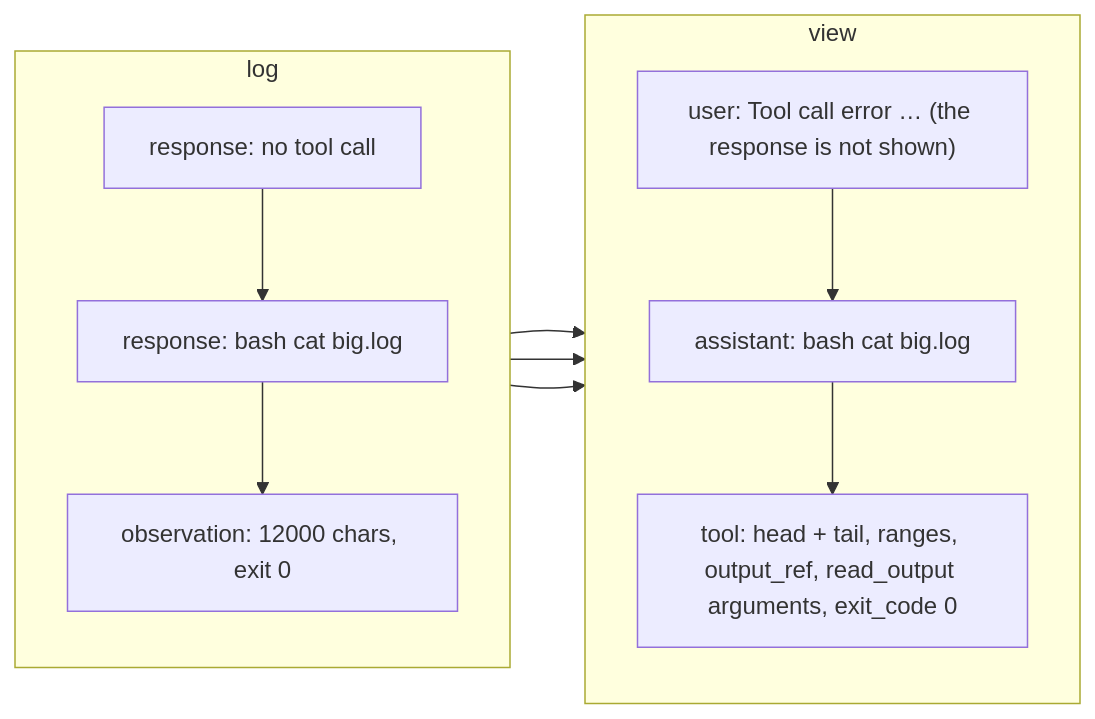
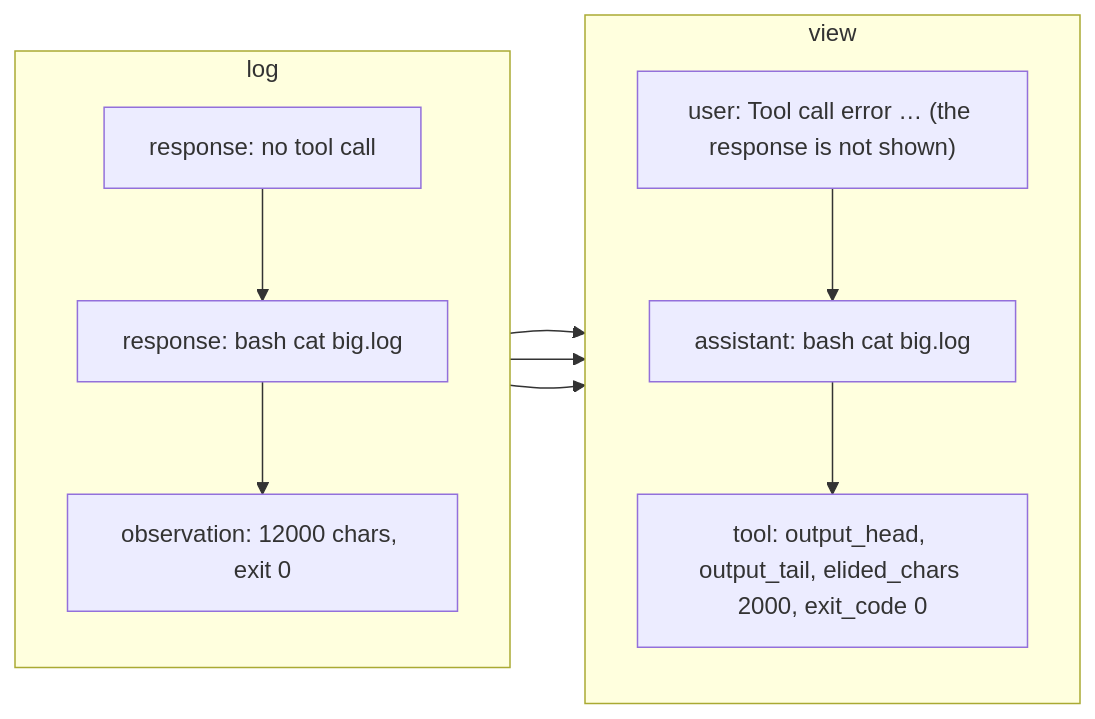
Before and after one commit to pku-xht/alaya: the first of 2 diagrams in docs/miniswe.md, drawn with Mermaid. The commit also changed other lines of this file and 22 other files, not shown here.

````diff
--- a/docs/miniswe.md
+++ b/docs/miniswe.md
@@ -112,20 +92,20 @@
 ```mermaid
 flowchart LR
   subgraph L["log"]
     direction TB
     L1["response: no tool call"]
     L2["response: bash cat big.log"]
     L3["observation: 12000 chars, exit 0"]
     L1 --> L2 --> L3
   end
   subgraph V["view"]
     direction TB
     V1["user: Tool call error … (the response is not shown)"]
     V2["assistant: bash cat big.log"]
-    V3["tool: head + tail, ranges, output_ref, read_output arguments, exit_code 0"]
+    V3["tool: output_head, output_tail, elided_chars 2000, exit_code 0"]
     V1 --> V2 --> V3
   end
   L1 --> V1
   L2 --> V2
   L3 --> V3
 ```
````
